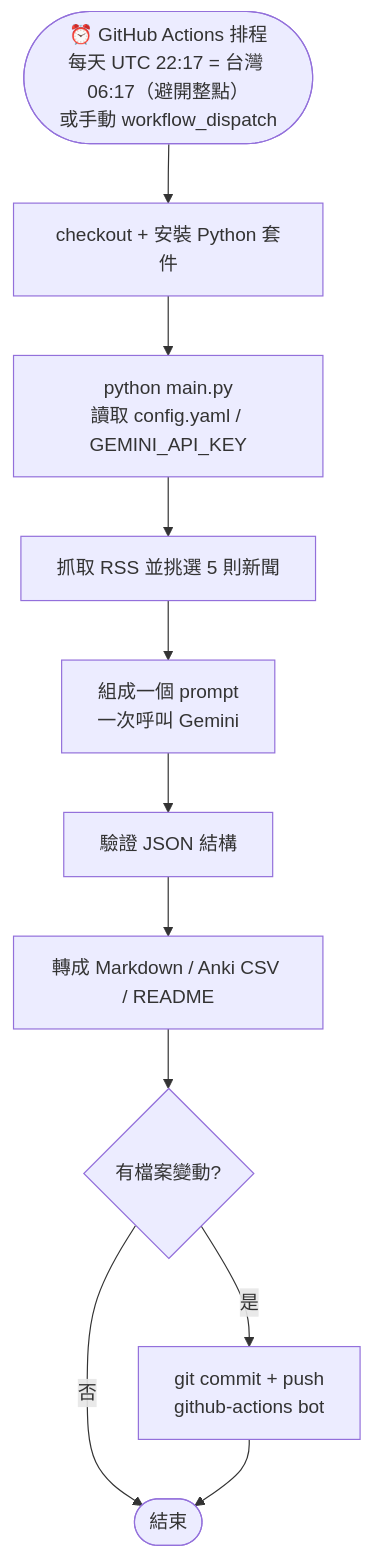
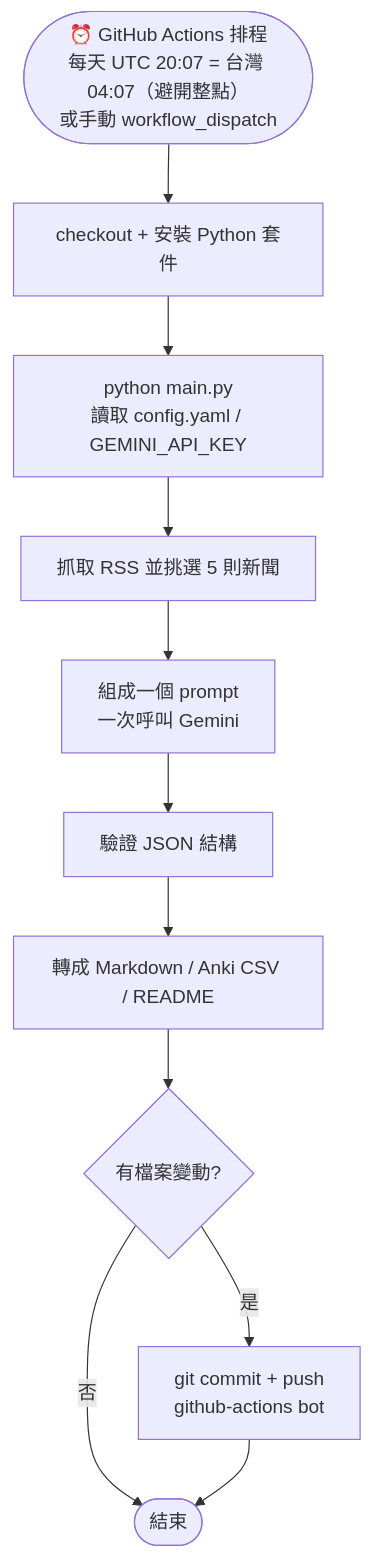
The first of 5 diagrams in HOW_IT_WORKS.md (qsceszwdvrdx/en_news), drawn with Mermaid before and after one commit. The commit also changed 1 other file, not shown here.

Commit message:
Schedule daily run at 04:07 Taiwan time

````diff
--- a/HOW_IT_WORKS.md
+++ b/HOW_IT_WORKS.md
@@ -7,13 +7,13 @@
 ```mermaid
 flowchart TD
-    A([⏰ GitHub Actions 排程<br/>每天 UTC 22:17 = 台灣 06:17（避開整點）<br/>或手動 workflow_dispatch]) --> B[checkout + 安裝 Python 套件]
+    A([⏰ GitHub Actions 排程<br/>每天 UTC 20:07 = 台灣 04:07（避開整點）<br/>或手動 workflow_dispatch]) --> B[checkout + 安裝 Python 套件]
     B --> C[python main.py<br/>讀取 config.yaml / GEMINI_API_KEY]
     C --> D[抓取 RSS 並挑選 5 則新聞]
     D --> E[組成一個 prompt<br/>一次呼叫 Gemini]
     E --> F[驗證 JSON 結構]
     F --> G[轉成 Markdown / Anki CSV / README]
     G --> H{有檔案變動?}
     H -- 是 --> I[git commit + push<br/>github-actions bot]
     H -- 否 --> J([結束])
     I --> J
 ```
````
